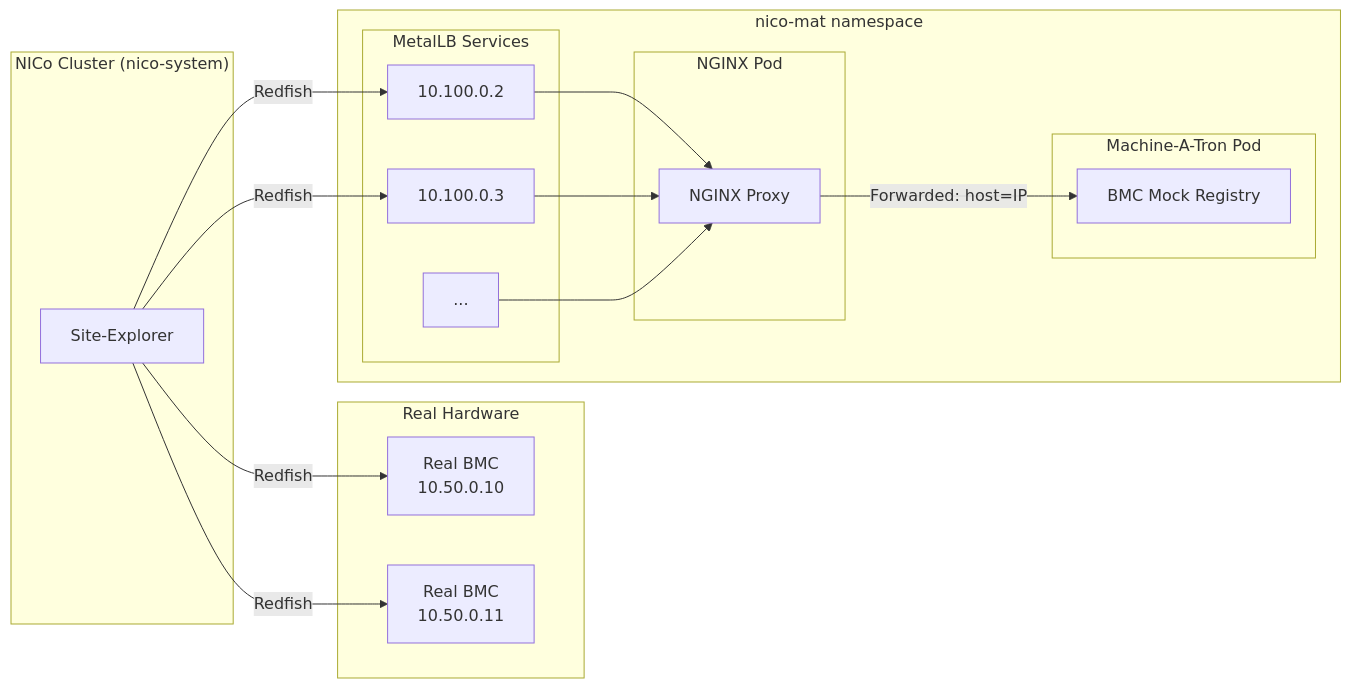
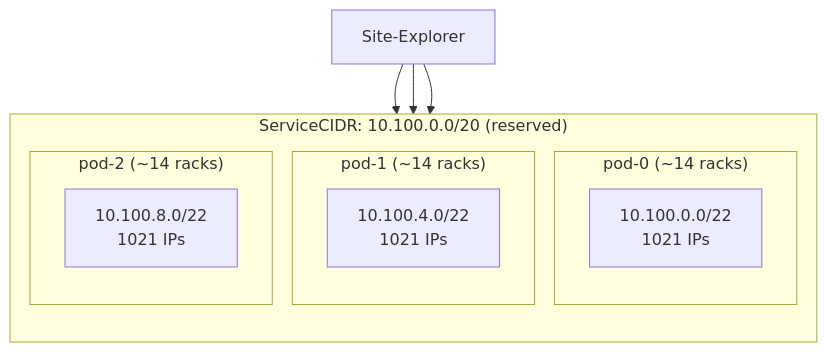
The diagram in helm/charts/nico-machine-a-tron/README.md (NVIDIA/bare-metal-manager-core), drawn with Mermaid before and after one commit. The commit also changed other lines of this file and 11 other files, not shown here.

Commit message:
feat(helm): nico machine-a-tron migrate to clusterip

````diff
--- a/helm/charts/nico-machine-a-tron/README.md
+++ b/helm/charts/nico-machine-a-tron/README.md
@@ -125,37 +56,19 @@
 ```mermaid
-flowchart LR
-    subgraph NICo["NICo Cluster (nico-system)"]
-        SE[Site-Explorer]
-    end
-
-    subgraph Real["Real Hardware"]
-        R1[Real BMC<br/>10.50.0.10]
-        R2[Real BMC<br/>10.50.0.11]
-    end
-
-    subgraph MAT["nico-mat namespace"]
-        subgraph MetalLB["MetalLB Services"]
-            LB1["10.100.0.2"]
-            LB2["10.100.0.3"]
-            LBN["..."]
+flowchart TB
+    subgraph CIDR["ServiceCIDR: 10.100.0.0/20 (reserved)"]
+        direction TB
+        subgraph pod0["pod-0 (~14 racks)"]
+            cidr0["10.100.0.0/22<br/>1021 IPs"]
         end
-
-        subgraph NGX["NGINX Pod"]
-            NGINX["NGINX Proxy"]
+        subgraph pod1["pod-1 (~14 racks)"]
+            cidr1["10.100.4.0/22<br/>1021 IPs"]
         end
-
-        subgraph MATpod["Machine-A-Tron Pod"]
-            BMC["BMC Mock Registry"]
+        subgraph pod2["pod-2 (~14 racks)"]
+            cidr2["10.100.8.0/22<br/>1021 IPs"]
         end
     end
 
-    SE -->|"Redfish"| R1
-    SE -->|"Redfish"| R2
-    SE -->|"Redfish"| LB1
-    SE -->|"Redfish"| LB2
-
-    LB1 --> NGINX
-    LB2 --> NGINX
-    LBN --> NGINX
-    NGINX -->|"Forwarded: host=IP"| BMC
+    SE[Site-Explorer] --> cidr0
+    SE --> cidr1
+    SE --> cidr2
 ```
````
